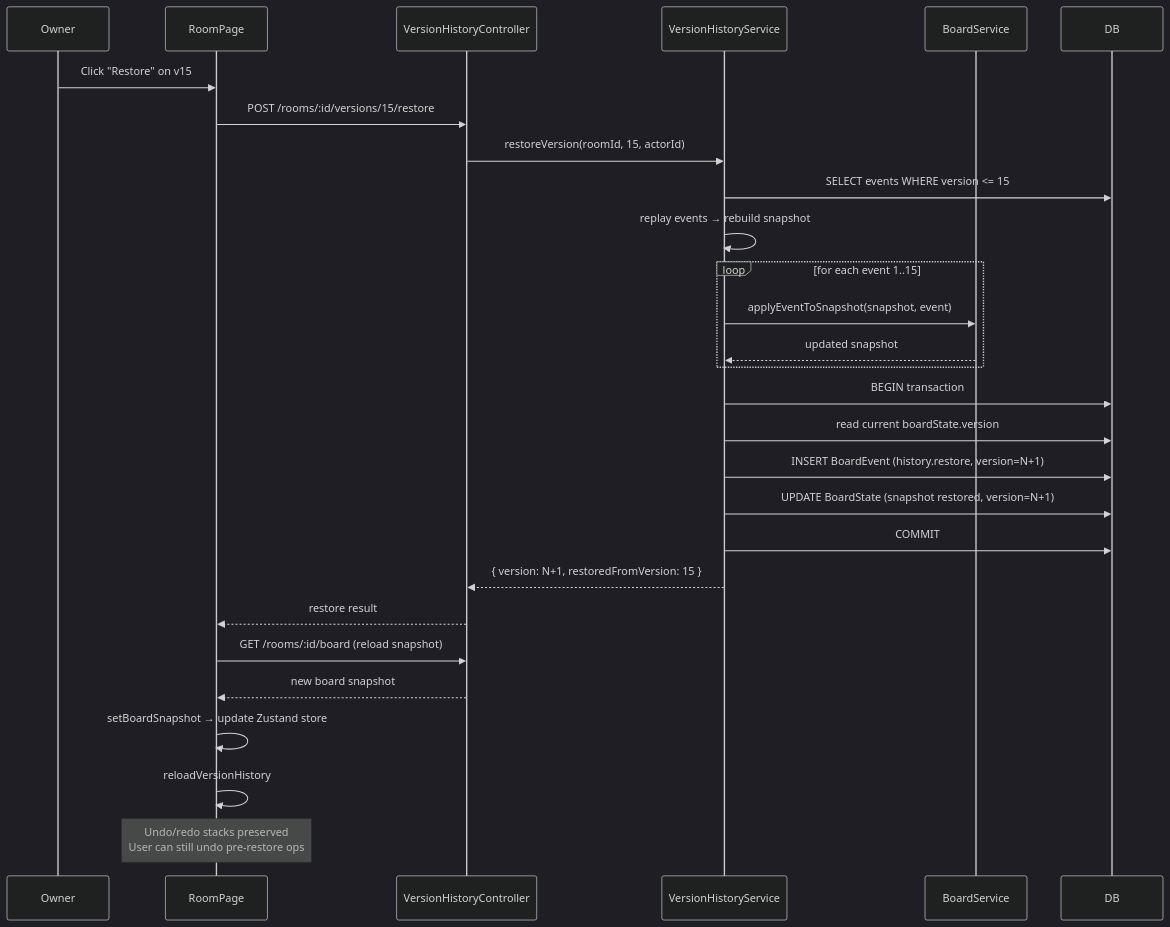
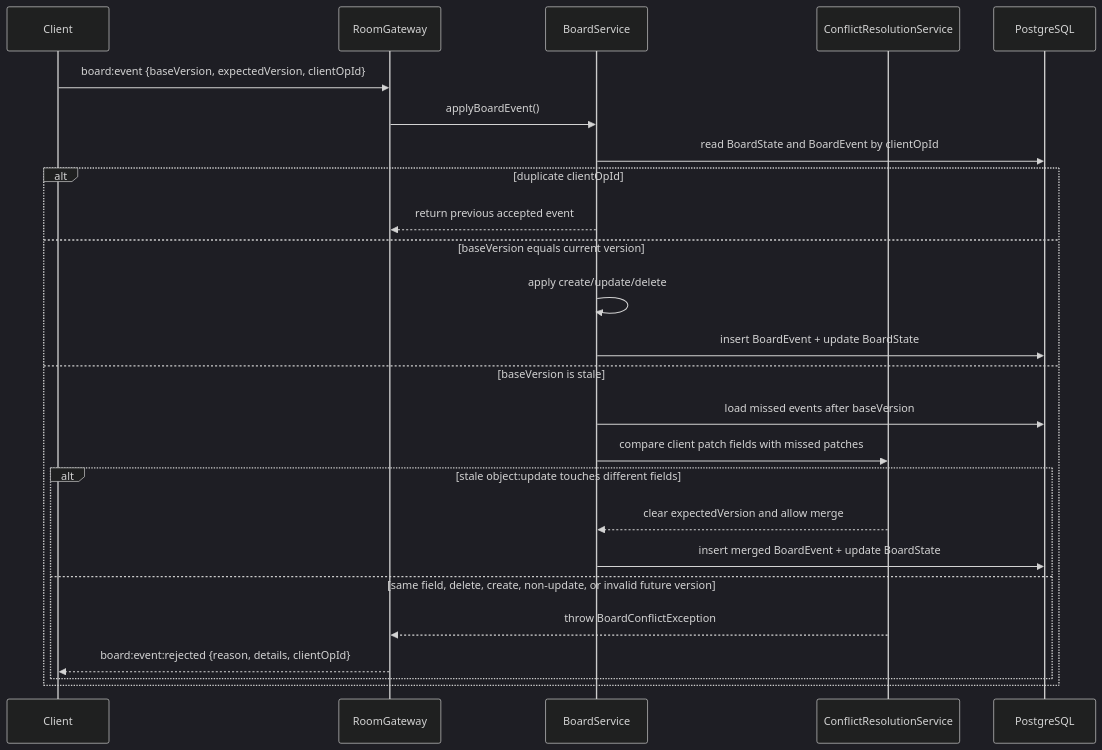
The eighth of 19 diagrams in REPO_REPORT.md (phapsucongu/white-board), drawn with Mermaid (dark theme) before and after one commit. The commit also changed other lines of this file, not shown here.

````diff
--- a/REPO_REPORT.md
+++ b/REPO_REPORT.md
@@ -358,31 +475,28 @@
 ```mermaid
 sequenceDiagram
-  participant Owner
-  participant RoomPage
-  participant API as VersionHistoryController
-  participant Svc as VersionHistoryService
+  participant Client
+  participant Gateway as RoomGateway
   participant Board as BoardService
-  participant DB
+  participant Conflict as ConflictResolutionService
+  participant DB as PostgreSQL
 
-  Owner->>RoomPage: Click "Restore" on v15
-  RoomPage->>API: POST /rooms/:id/versions/15/restore
-  API->>Svc: restoreVersion(roomId, 15, actorId)
-  Svc->>DB: SELECT events WHERE version <= 15
-  Svc->>Svc: replay events → rebuild snapshot
-  loop for each event 1..15
-    Svc->>Board: applyEventToSnapshot(snapshot, event)
-    Board-->>Svc: updated snapshot
+  Client->>Gateway: board:event {baseVersion, expectedVersion, clientOpId}
+  Gateway->>Board: applyBoardEvent()
+  Board->>DB: read BoardState and BoardEvent by clientOpId
+  alt duplicate clientOpId
+    Board-->>Gateway: return previous accepted event
+  else baseVersion equals current version
+    Board->>Board: apply create/update/delete
+    Board->>DB: insert BoardEvent + update BoardState
+  else baseVersion is stale
+    Board->>DB: load missed events after baseVersion
+    Board->>Conflict: compare client patch fields with missed patches
+    alt stale object:update touches different fields
+      Conflict-->>Board: clear expectedVersion and allow merge
+      Board->>DB: insert merged BoardEvent + update BoardState
+    else same field, delete, create, non-update, or invalid future version
+      Conflict-->>Gateway: throw BoardConflictException
+      Gateway-->>Client: board:event:rejected {reason, details, clientOpId}
+    end
   end
-  Svc->>DB: BEGIN transaction
-  Svc->>DB: read current boardState.version
-  Svc->>DB: INSERT BoardEvent (history.restore, version=N+1)
-  Svc->>DB: UPDATE BoardState (snapshot restored, version=N+1)
-  Svc->>DB: COMMIT
-  Svc-->>API: { version: N+1, restoredFromVersion: 15 }
-  API-->>RoomPage: restore result
-  RoomPage->>API: GET /rooms/:id/board (reload snapshot)
-  API-->>RoomPage: new board snapshot
-  RoomPage->>RoomPage: setBoardSnapshot → update Zustand store
-  RoomPage->>RoomPage: reloadVersionHistory
-  Note over RoomPage: Undo/redo stacks preserved<br/>User can still undo pre-restore ops
 ```
````
